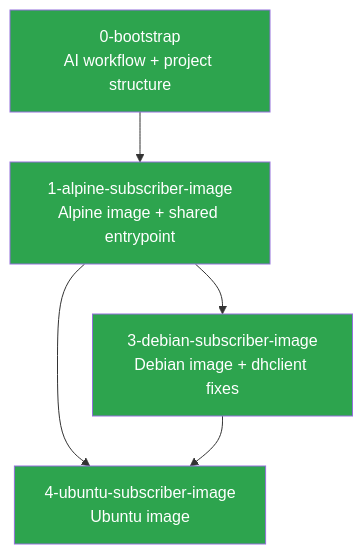
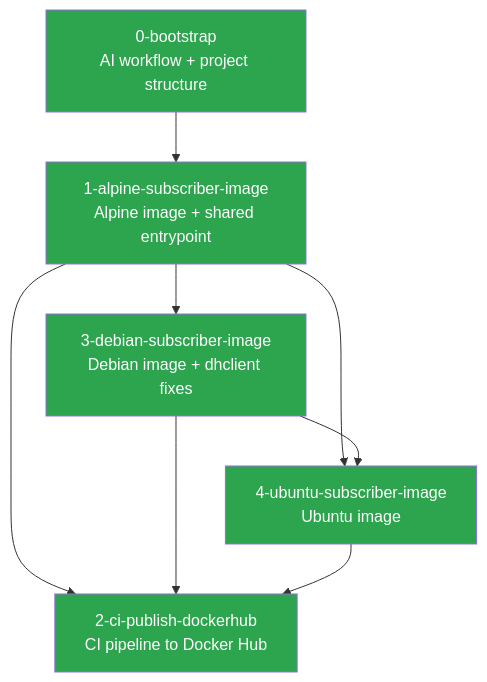
One commit to veesix-networks/bngtester changed the diagram in context/SUMMARY.md. Above: the diagram before and after it, drawn with Mermaid. The commit also changed other lines of this file and 2 other files, not shown here.

Commit message:
feat(ci): add GitHub Actions workflow to publish subscriber images (#2)

````diff
--- a/context/SUMMARY.md
+++ b/context/SUMMARY.md
@@ -22,17 +23,22 @@
 ```mermaid
 graph TD
     B[0-bootstrap<br/>AI workflow + project structure]
     A[1-alpine-subscriber-image<br/>Alpine image + shared entrypoint]
     D[3-debian-subscriber-image<br/>Debian image + dhclient fixes]
     U[4-ubuntu-subscriber-image<br/>Ubuntu image]
+    CI[2-ci-publish-dockerhub<br/>CI pipeline to Docker Hub]
 
     B --> A
     A --> D
     A --> U
     D --> U
+    A --> CI
+    D --> CI
+    U --> CI
 
     style B fill:#2da44e,color:#fff
     style A fill:#2da44e,color:#fff
     style D fill:#2da44e,color:#fff
     style U fill:#2da44e,color:#fff
+    style CI fill:#2da44e,color:#fff
 ```
````
